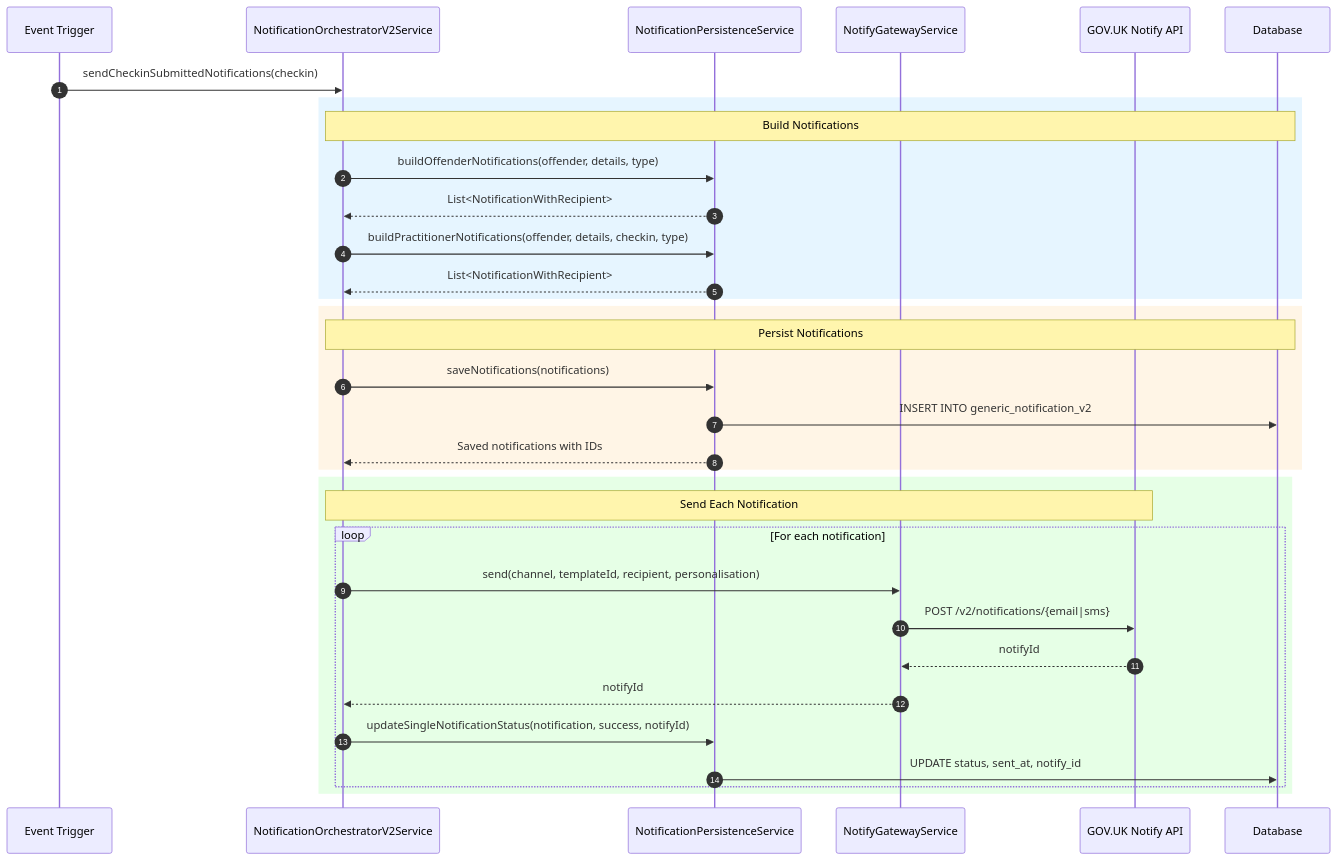
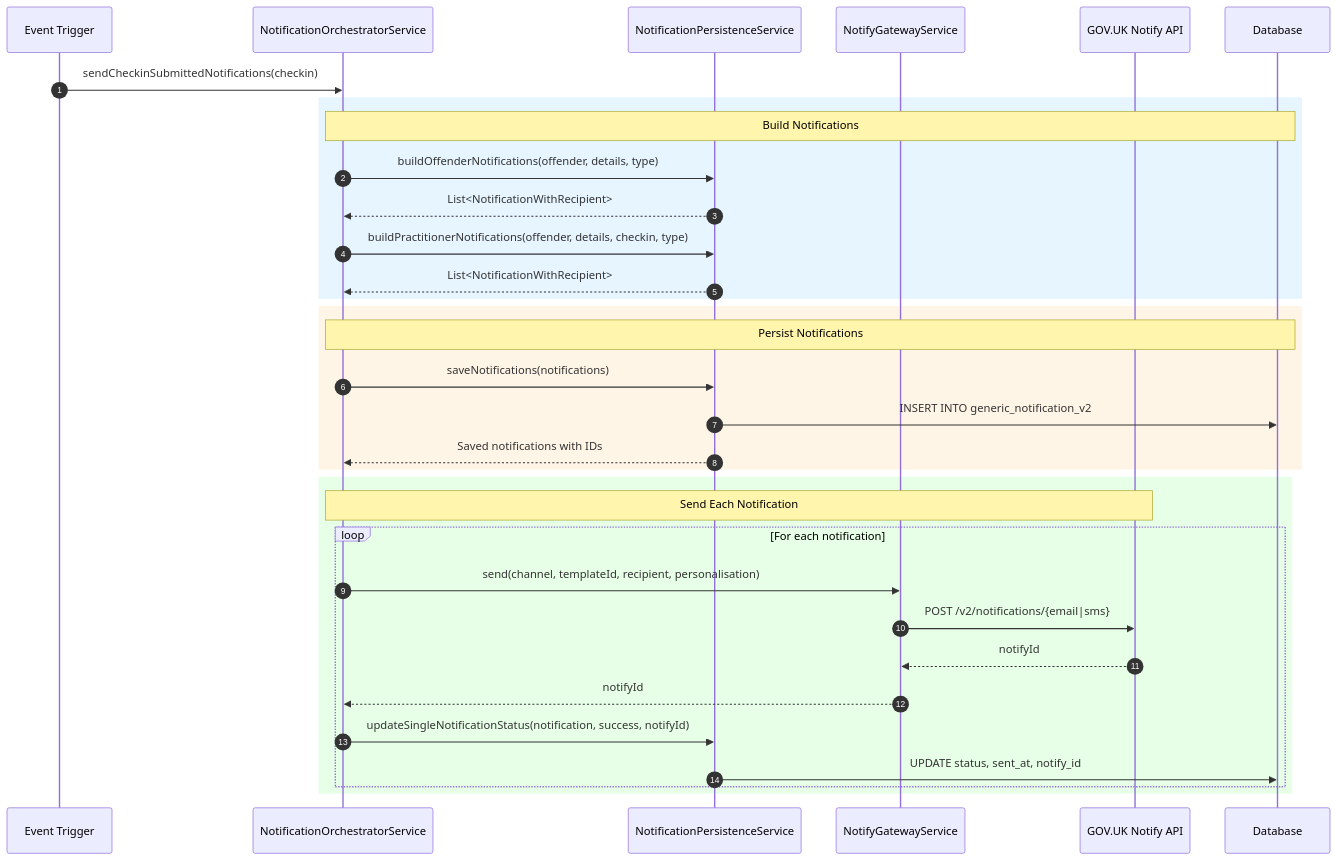
The second of 3 diagrams in docs/v2/NOTIFICATIONS.md (ministryofjustice/hmpps-esupervision-api), drawn with Mermaid before and after one commit. The commit also changed other lines of this file and 23 other files, not shown here.

First line of the commit message:
remove NotificationService

````diff
--- a/docs/v2/NOTIFICATIONS.md
+++ b/docs/v2/NOTIFICATIONS.md
@@ -70,39 +70,39 @@
 ```mermaid
 sequenceDiagram
     autonumber
     participant Trigger as Event Trigger
-    participant Orch as NotificationOrchestratorV2Service
+    participant Orch as NotificationOrchestratorService
     participant Persist as NotificationPersistenceService
     participant Gateway as NotifyGatewayService
     participant Notify as GOV.UK Notify API
     participant DB as Database
 
     Trigger->>Orch: sendCheckinSubmittedNotifications(checkin)
 
     rect rgb(230, 245, 255)
         note over Orch,DB: Build Notifications
         Orch->>Persist: buildOffenderNotifications(offender, details, type)
         Persist-->>Orch: List<NotificationWithRecipient>
         Orch->>Persist: buildPractitionerNotifications(offender, details, checkin, type)
         Persist-->>Orch: List<NotificationWithRecipient>
     end
 
     rect rgb(255, 245, 230)
         note over Orch,DB: Persist Notifications
         Orch->>Persist: saveNotifications(notifications)
         Persist->>DB: INSERT INTO generic_notification_v2
         Persist-->>Orch: Saved notifications with IDs
     end
 
     rect rgb(230, 255, 230)
         note over Orch,Notify: Send Each Notification
         loop For each notification
             Orch->>Gateway: send(channel, templateId, recipient, personalisation)
             Gateway->>Notify: POST /v2/notifications/{email|sms}
             Notify-->>Gateway: notifyId
             Gateway-->>Orch: notifyId
             Orch->>Persist: updateSingleNotificationStatus(notification, success, notifyId)
             Persist->>DB: UPDATE status, sent_at, notify_id
         end
     end
 ```
````
